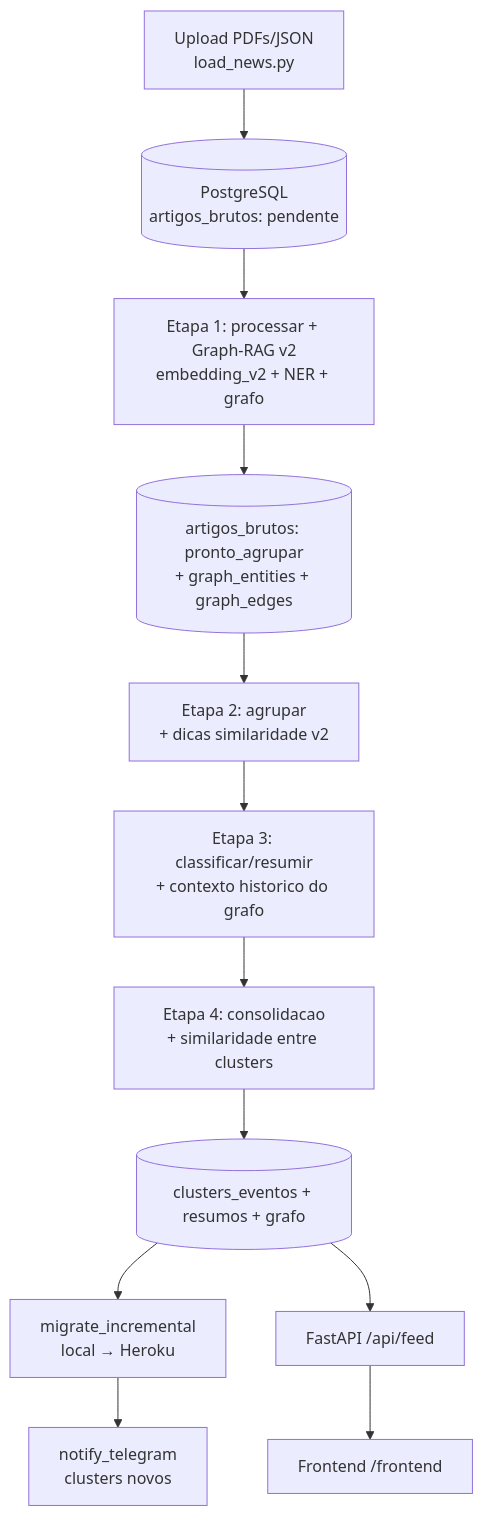
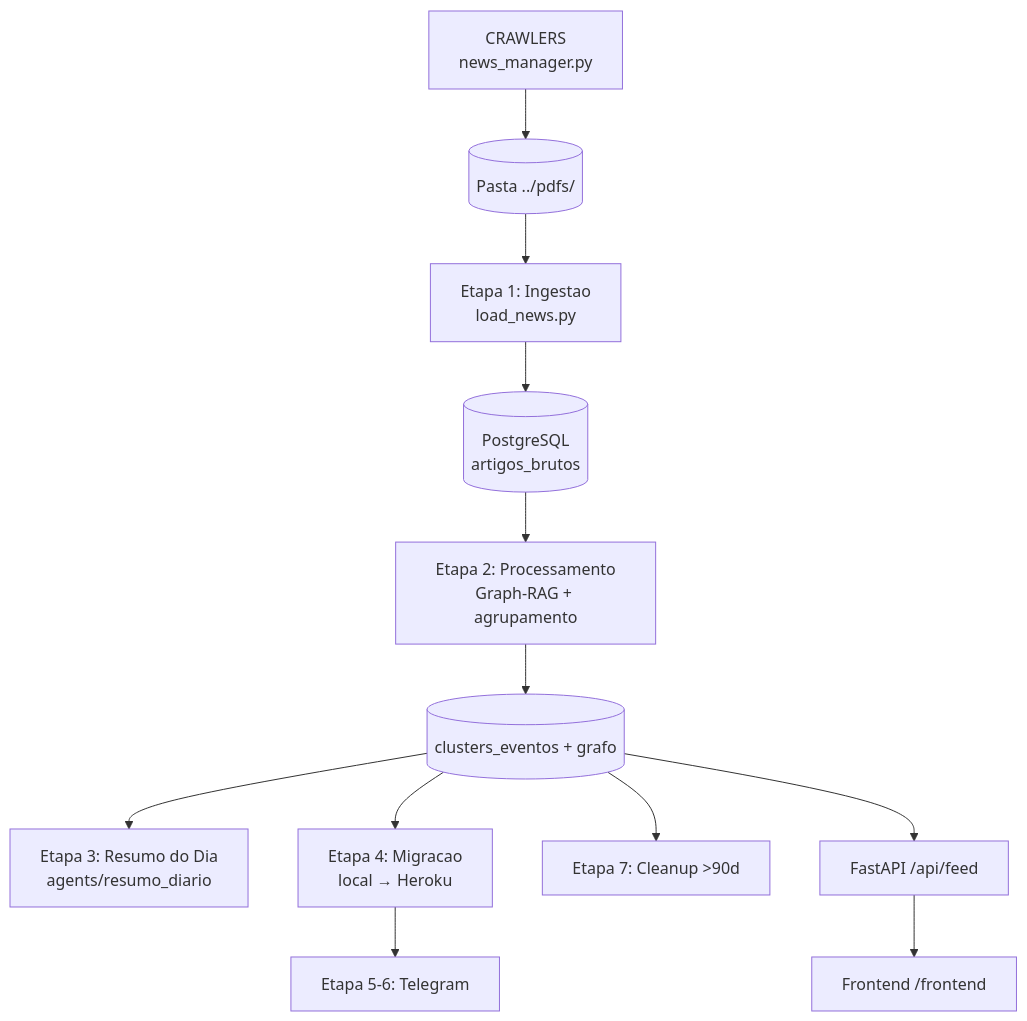
Before and after one commit to sn3fru/silvanews: the diagram in README.md, drawn with Mermaid. The commit also changed other lines of this file and 5 other files, not shown here.

````diff
--- a/README.md
+++ b/README.md
@@ -93,14 +105,14 @@
 ```mermaid
 graph TD
-  A[Upload PDFs/JSON<br/>load_news.py] --> B[(PostgreSQL<br/>artigos_brutos: pendente)]
-  B --> C[Etapa 1: processar + Graph-RAG v2<br/>embedding_v2 + NER + grafo]
-  C --> D[(artigos_brutos: pronto_agrupar<br/>+ graph_entities + graph_edges)]
-  D --> E[Etapa 2: agrupar<br/>+ dicas similaridade v2]
-  E --> F[Etapa 3: classificar/resumir<br/>+ contexto historico do grafo]
-  F --> F2[Etapa 4: consolidacao<br/>+ similaridade entre clusters]
-  F2 --> G[(clusters_eventos + resumos + grafo)]
-  G --> M[migrate_incremental<br/>local → Heroku]
-  M --> T[notify_telegram<br/>clusters novos]
-  G --> H[FastAPI /api/feed]
+  CR[CRAWLERS<br/>news_manager.py] --> PD[(Pasta ../pdfs/)]
+  PD --> A[Etapa 1: Ingestao<br/>load_news.py]
+  A --> B[(PostgreSQL<br/>artigos_brutos)]
+  B --> C[Etapa 2: Processamento<br/>Graph-RAG + agrupamento]
+  C --> D[(clusters_eventos + grafo)]
+  D --> R[Etapa 3: Resumo do Dia<br/>agents/resumo_diario]
+  D --> M[Etapa 4: Migracao<br/>local → Heroku]
+  M --> T[Etapa 5-6: Telegram]
+  D --> CL[Etapa 7: Cleanup >90d]
+  D --> H[FastAPI /api/feed]
   H --> I[Frontend /frontend]
 ```
````
